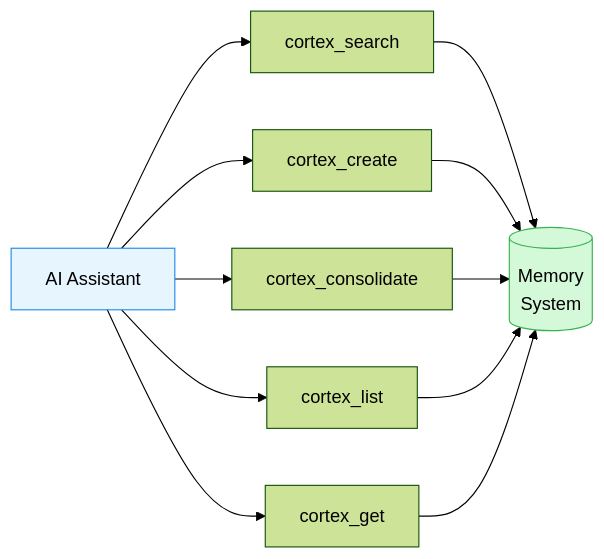
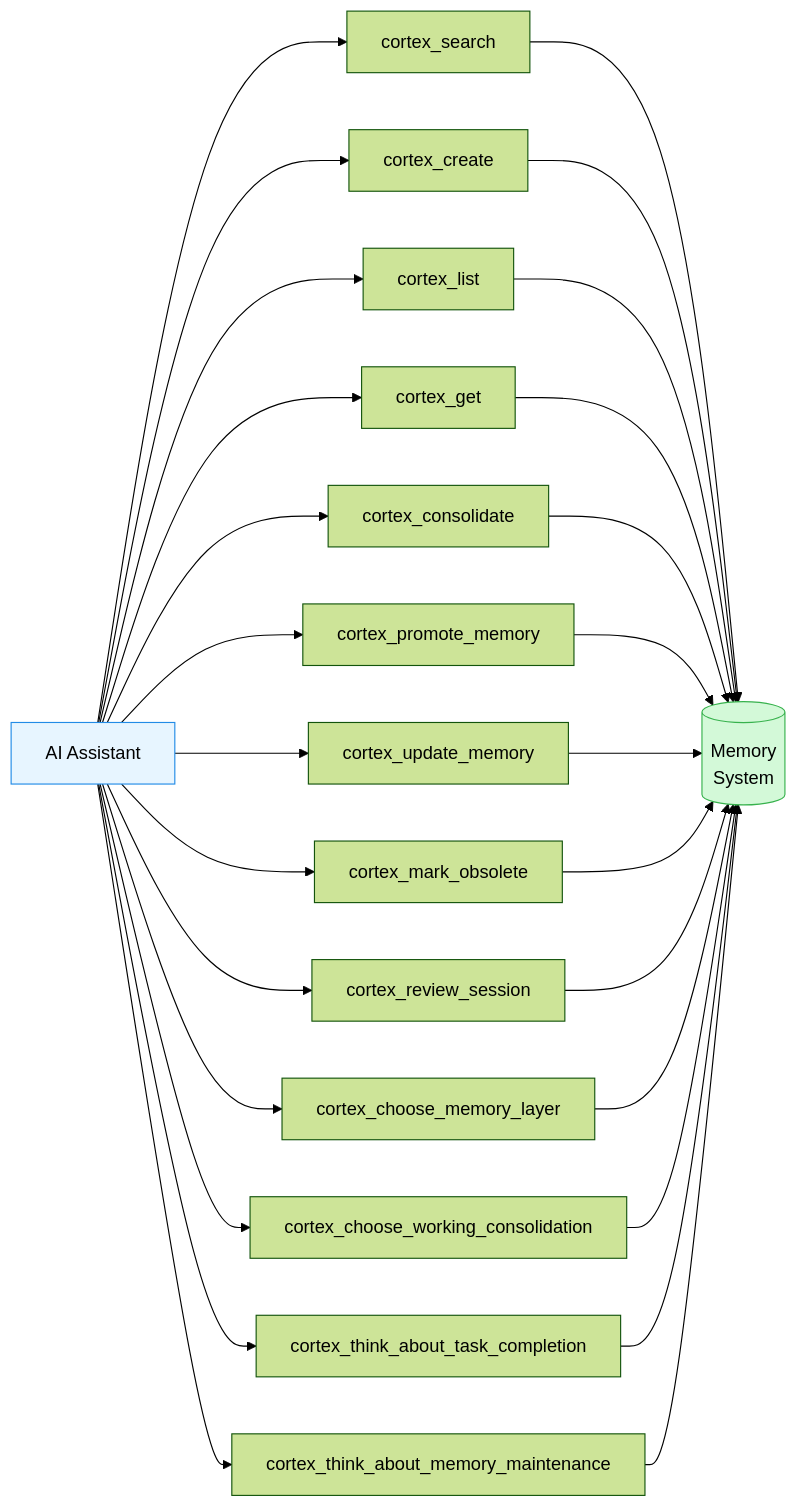
Before and after one commit to fmatsos/cortex: the third of 4 diagrams in README.md, drawn with Mermaid (forest theme). The commit also changed other lines of this file and 3 other files, not shown here.

First line of the commit message:
docs: fix Mermaid diagrams and update docs for MCP tools

````diff
--- a/README.md
+++ b/README.md
@@ -234,17 +234,33 @@
 ```mermaid
 graph LR
-    A[AI Assistant] --> B[cortex_search]
-    A --> C[cortex_create]
-    A --> D[cortex_consolidate]
-    A --> E[cortex_list]
-    A --> F[cortex_get]
+    A[AI Assistant] --> Search[cortex_search]
+    A --> Create[cortex_create]
+    A --> List[cortex_list]
+    A --> Get[cortex_get]
+    A --> Consolidate[cortex_consolidate]
+    A --> Promote[cortex_promote_memory]
+    A --> Update[cortex_update_memory]
+    A --> Obsolete[cortex_mark_obsolete]
+    A --> Review[cortex_review_session]
+    A --> ChooseLayer[cortex_choose_memory_layer]
+    A --> ChooseWC[cortex_choose_working_consolidation]
+    A --> TaskComplete[cortex_think_about_task_completion]
+    A --> Maintenance[cortex_think_about_memory_maintenance]
 
-    B --> G[(Memory<br/>System)]
-    C --> G
-    D --> G
-    E --> G
-    F --> G
+    Search --> G[(Memory<br/>System)]
+    Create --> G
+    List --> G
+    Get --> G
+    Consolidate --> G
+    Promote --> G
+    Update --> G
+    Obsolete --> G
+    Review --> G
+    ChooseLayer --> G
+    ChooseWC --> G
+    TaskComplete --> G
+    Maintenance --> G
 
     style A fill:#e7f5ff,stroke:#228be6
     style G fill:#d3f9d8,stroke:#37b24d
 ```
````
